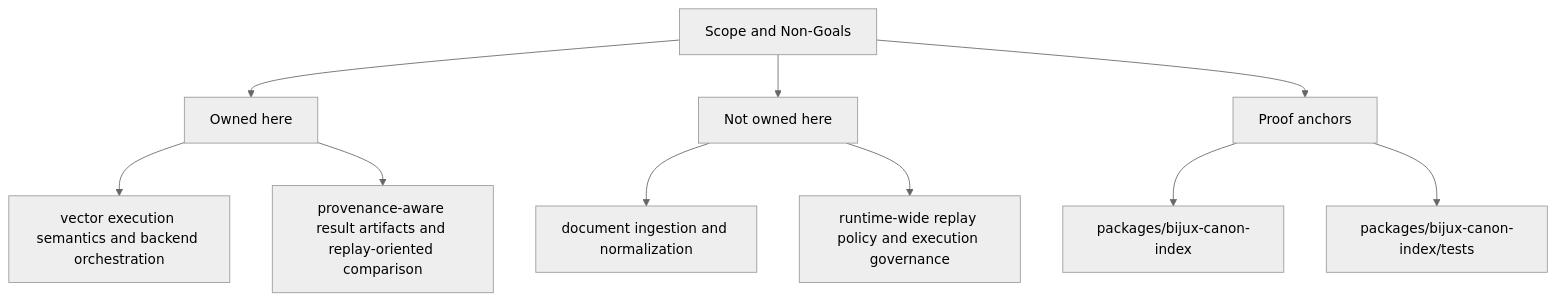
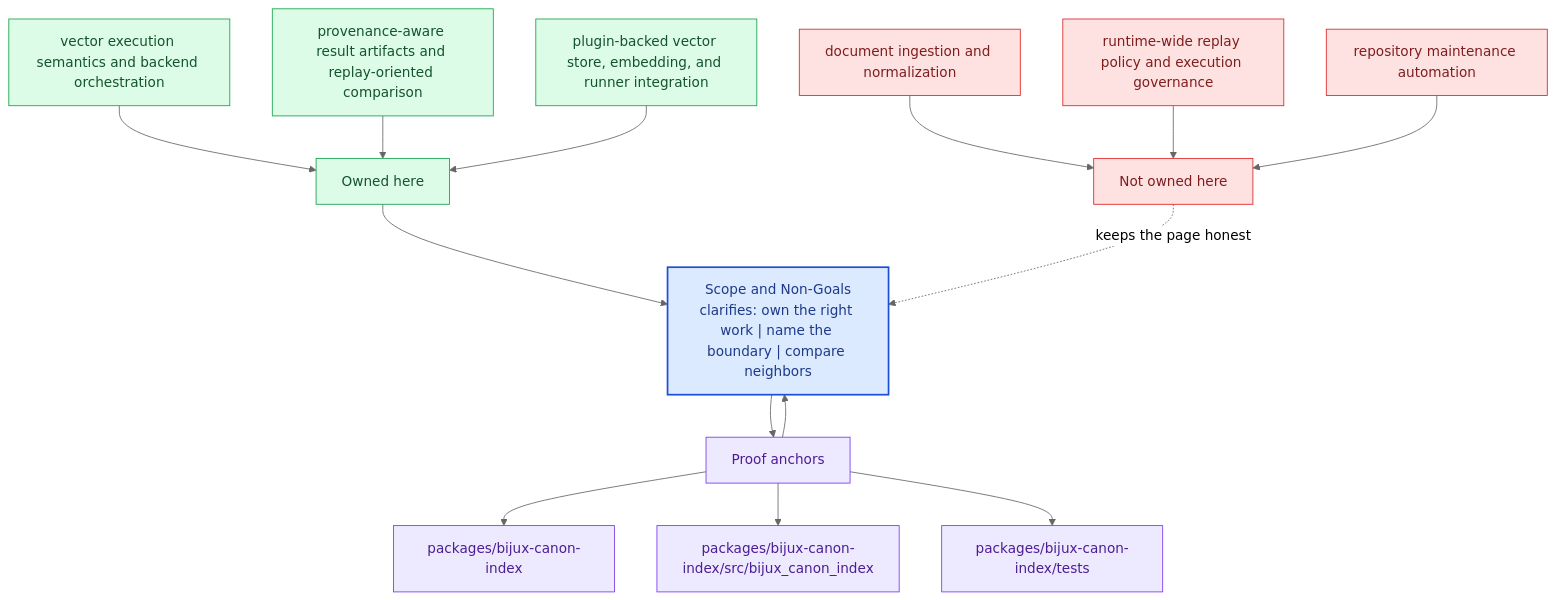
One commit to bijux/bijux-canon changed the second of 2 diagrams in docs/bijux-canon-index/foundation/scope-and-non-goals.md. Above: the diagram before and after it, drawn with Mermaid (neutral theme). The commit also changed other lines of this file and 281 other files, not shown here.

Commit message:
docs(diagrams): deepen handbook mermaid maps across the catalog

````diff
--- a/docs/bijux-canon-index/foundation/scope-and-non-goals.md
+++ b/docs/bijux-canon-index/foundation/scope-and-non-goals.md
@@ -36,22 +69,40 @@
 ```mermaid
-flowchart TD
-    page["Scope and Non-Goals"]
+flowchart TB
+    promise["Scope and Non-Goals<br/>clarifies: own the right work | name the boundary | compare neighbors"]
+    classDef promise fill:#dbeafe,stroke:#1d4ed8,color:#1e3a8a,stroke-width:2px;
+    classDef driver fill:#dcfce7,stroke:#16a34a,color:#14532d;
+    classDef constraint fill:#fee2e2,stroke:#dc2626,color:#7f1d1d;
+    classDef ground fill:#ede9fe,stroke:#7c3aed,color:#4c1d95;
     focus1["Owned here"]
-    page --> focus1
+    focus1 --> promise
     focus1_1["vector execution semantics and backend orchestration"]
-    focus1 --> focus1_1
+    focus1_1 --> focus1
     focus1_2["provenance-aware result artifacts and replay-oriented comparison"]
-    focus1 --> focus1_2
+    focus1_2 --> focus1
+    focus1_3["plugin-backed vector store, embedding, and runner integration"]
+    focus1_3 --> focus1
+    class focus1 driver;
+    class focus1_1,focus1_2,focus1_3 driver;
     focus2["Not owned here"]
-    page --> focus2
+    focus2 -.keeps the page honest.-> promise
     focus2_1["document ingestion and normalization"]
-    focus2 --> focus2_1
+    focus2_1 --> focus2
     focus2_2["runtime-wide replay policy and execution governance"]
-    focus2 --> focus2_2
+    focus2_2 --> focus2
+    focus2_3["repository maintenance automation"]
+    focus2_3 --> focus2
+    class focus2 constraint;
+    class focus2_1,focus2_2,focus2_3 constraint;
     focus3["Proof anchors"]
-    page --> focus3
+    focus3 --> promise
+    promise --> focus3
     focus3_1["packages/bijux-canon-index"]
     focus3 --> focus3_1
-    focus3_2["packages/bijux-canon-index/tests"]
+    focus3_2["packages/bijux-canon-index/src/bijux_canon_index"]
     focus3 --> focus3_2
+    focus3_3["packages/bijux-canon-index/tests"]
+    focus3 --> focus3_3
+    class focus3 ground;
+    class focus3_1,focus3_2,focus3_3 ground;
+    class promise promise;
 ```
````
